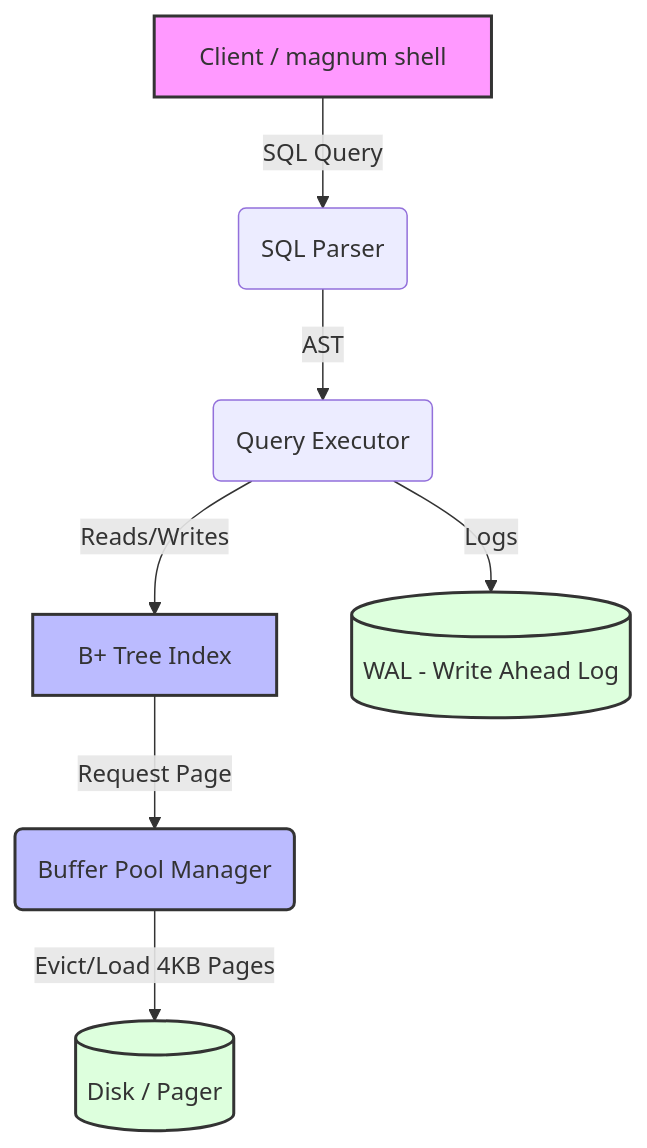
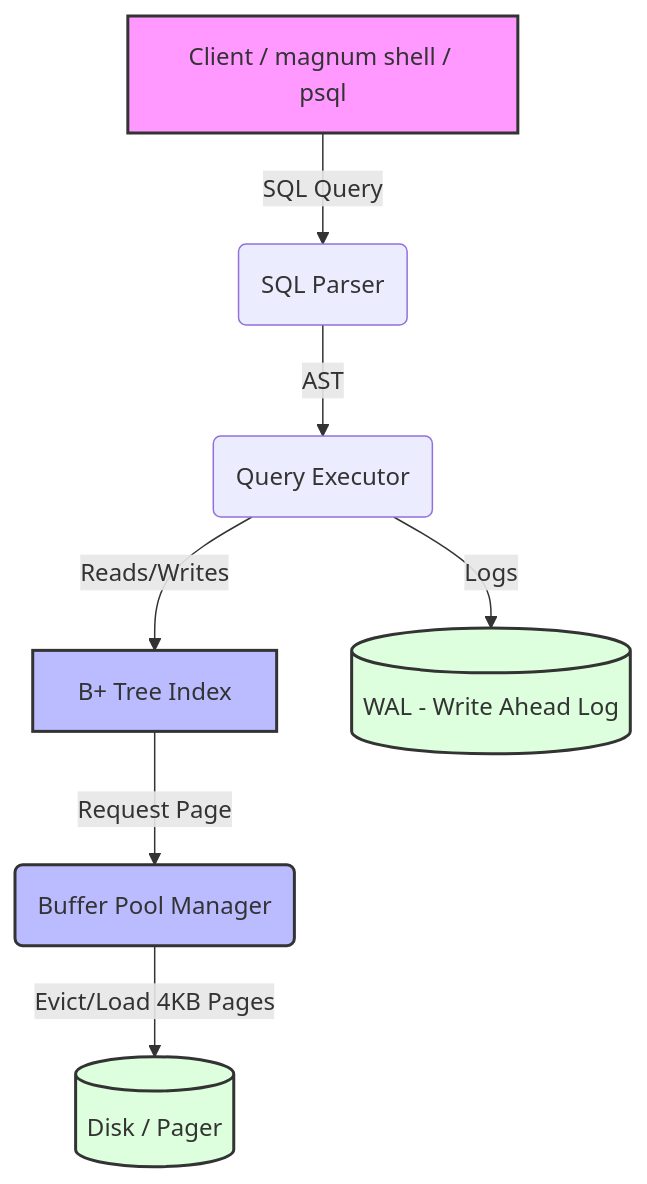
Before and after one commit to sohamdev77/MagnumDB: the diagram in README.md, drawn with Mermaid. The commit also changed other lines of this file and 6 other files, not shown here.

Commit message:
feat: implement Phase 1-4 engine roadmap, add JOINs, GROUP BY, MVCC, PGWire and bump to v0.3.0

````diff
--- a/README.md
+++ b/README.md
@@ -44,17 +50,17 @@
 ```mermaid
 graph TD
-    A[Client / magnum shell] -->|SQL Query| B(SQL Parser)
+    A[Client / magnum shell / psql] -->|SQL Query| B(SQL Parser)
     B -->|AST| C(Query Executor)
     
     C -->|Reads/Writes| D[B+ Tree Index]
     C -->|Logs| E[(WAL - Write Ahead Log)]
     
     D -->|Request Page| F(Buffer Pool Manager)
     F -->|Evict/Load 4KB Pages| G[(Disk / Pager)]
     
     style A fill:#f9f,stroke:#333,stroke-width:2px
     style D fill:#bbf,stroke:#333,stroke-width:2px
     style F fill:#bbf,stroke:#333,stroke-width:2px
     style G fill:#dfd,stroke:#333,stroke-width:2px
     style E fill:#dfd,stroke:#333,stroke-width:2px
 ```
````
